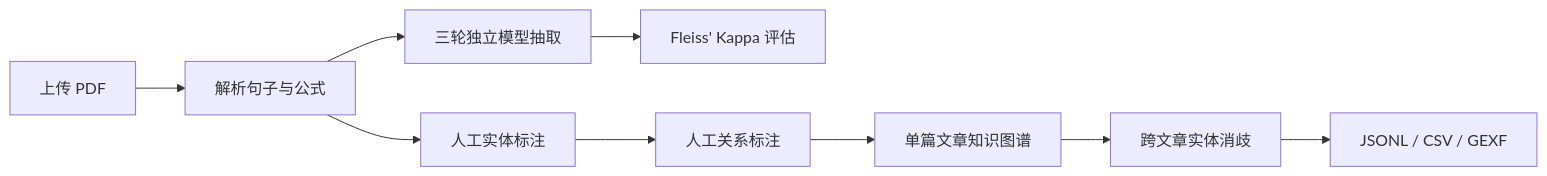
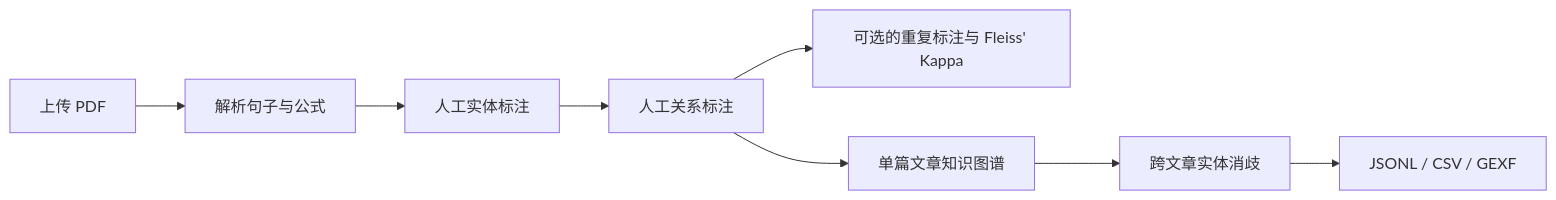
Before and after one commit to LeonardLeiT/kg-annotator: the diagram in README_zh.md, drawn with Mermaid. The commit also changed other lines of this file and 15 other files, not shown here.

````diff
--- a/README_zh.md
+++ b/README_zh.md
@@ -40,11 +40,10 @@
 ```mermaid
 flowchart LR
     A[上传 PDF] --> B[解析句子与公式]
-    B --> C[三轮独立模型抽取]
-    C --> D[Fleiss' Kappa 评估]
     B --> E[人工实体标注]
     E --> F[人工关系标注]
+    F --> D[可选的重复标注与 Fleiss' Kappa]
     F --> G[单篇文章知识图谱]
     G --> H[跨文章实体消歧]
     H --> I[JSONL / CSV / GEXF]
 ```
````
